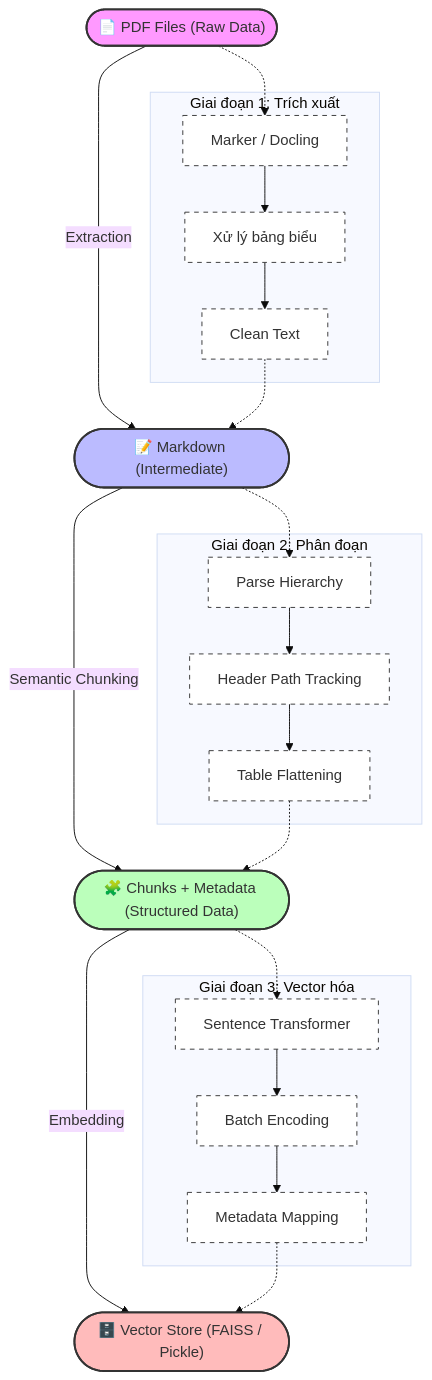
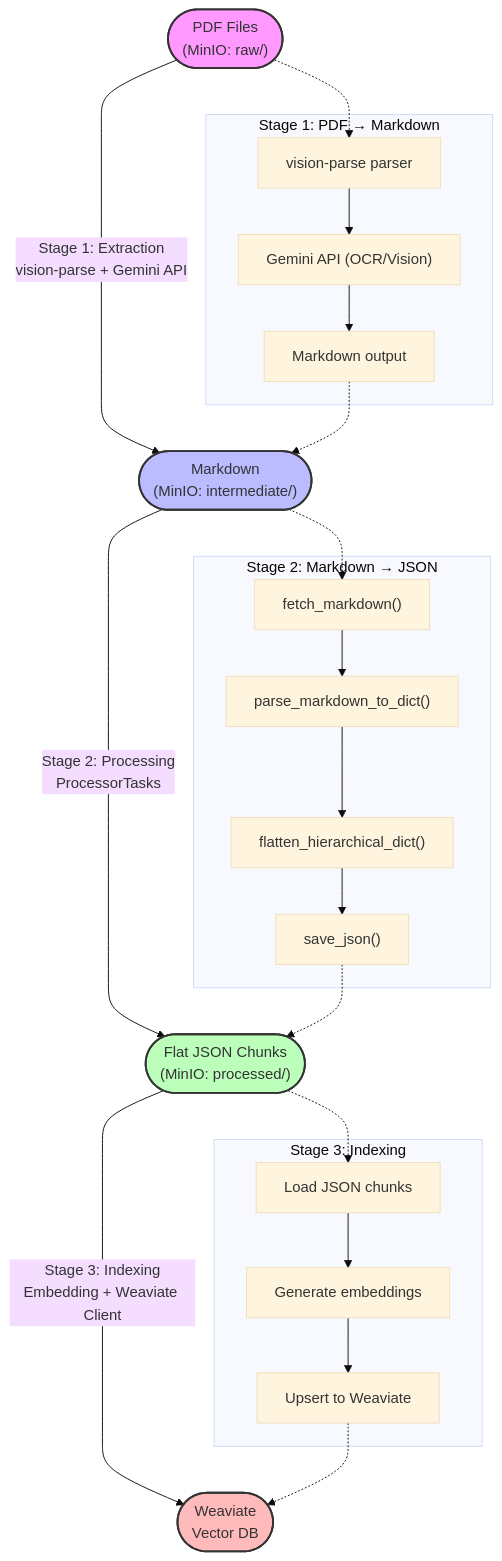
One commit to ngoctam033/Development-of-a-RAG-System-for-Vietnamese-Educational changed the diagram in docs/chunking_pipeline.md. Above: the diagram before and after it, drawn with Mermaid (base theme). The commit also changed other lines of this file and 6 other files, not shown here.

First line of the commit message:
docs: update system documentation and architecture specifications

````diff
--- a/docs/chunking_pipeline.md
+++ b/docs/chunking_pipeline.md
@@ -9,57 +7,43 @@
 ```mermaid
 flowchart TD
-    %% Nodes
-    PDF(["📄 PDF Files (Raw Data)"])
-    MD(["📝 Markdown (Intermediate)"])
-    CHUNKS(["🧩 Chunks + Metadata (Structured Data)"])
-    VEC(["🗄️ Vector Store (FAISS / Pickle)"])
+    PDF([" PDF Files\n(MinIO: raw/)"])
+    MD([" Markdown\n(MinIO: intermediate/)"])
+    JSON([" Flat JSON Chunks\n(MinIO: processed/)"])
+    VEC([" Weaviate\nVector DB"])
 
-    %% Main Flow
-    PDF -->|"Extraction"| MD
-    MD -->|"Semantic Chunking"| CHUNKS
-    CHUNKS -->|"Embedding"| VEC
+    PDF -->|"Stage 1: Extraction\nvision-parse + Gemini API"| MD
+    MD -->|"Stage 2: Processing\nProcessorTasks"| JSON
+    JSON -->|"Stage 3: Indexing\nEmbedding + Weaviate Client"| VEC
 
-    %% Subgraphs
-    subgraph S1 ["Giai đoạn 1: Trích xuất"]
-        E1["Marker / Docling"]
-        E2["Xử lý bảng biểu"]
-        E3["Clean Text"]
+    subgraph S1 ["Stage 1: PDF → Markdown"]
+        E1["vision-parse parser"]
+        E2["Gemini API (OCR/Vision)"]
+        E3["Markdown output"]
     end
 
-    subgraph S2 ["Giai đoạn 2: Phân đoạn"]
-        C1["Parse Hierarchy"]
-        C2["Header Path Tracking"]
-        C3["Table Flattening"]
+    subgraph S2 ["Stage 2: Markdown → JSON"]
+        C1["fetch_markdown()"]
+        C2["parse_markdown_to_dict()"]
+        C3["flatten_hierarchical_dict()"]
+        C4["save_json()"]
+        C1 --> C2 --> C3 --> C4
     end
 
-    subgraph S3 ["Giai đoạn 3: Vector hóa"]
-        I1["Sentence Transformer"]
-        I2["Batch Encoding"]
-        I3["Metadata Mapping"]
+    subgraph S3 ["Stage 3: Indexing"]
+        I1["Load JSON chunks"]
+        I2["Generate embeddings"]
+        I3["Upsert to Weaviate"]
+        I1 --> I2 --> I3
     end
 
-    %% Internal Connections
-    PDF -.-> E1
-    E1 --> E2
-    E2 --> E3
-    E3 -.-> MD
-    
+    PDF -.-> E1 --> E2 --> E3 -.-> MD
     MD -.-> C1
-    C1 --> C2
-    C2 --> C3
-    C3 -.-> CHUNKS
-    
-    CHUNKS -.-> I1
-    I1 --> I2
-    I2 --> I3
+    C4 -.-> JSON
+    JSON -.-> I1
     I3 -.-> VEC
 
-    %% Styling
     style PDF fill:#f9f,stroke:#333,stroke-width:2px
     style MD fill:#bbf,stroke:#333,stroke-width:2px
-    style CHUNKS fill:#bfb,stroke:#333,stroke-width:2px
+    style JSON fill:#bfb,stroke:#333,stroke-width:2px
     style VEC fill:#fbb,stroke:#333,stroke-width:2px
-
-    classDef steps fill:#fff,stroke:#333,stroke-dasharray: 5 5
-    class E1,E2,E3,C1,C2,C3,I1,I2,I3 steps
 ```
````
